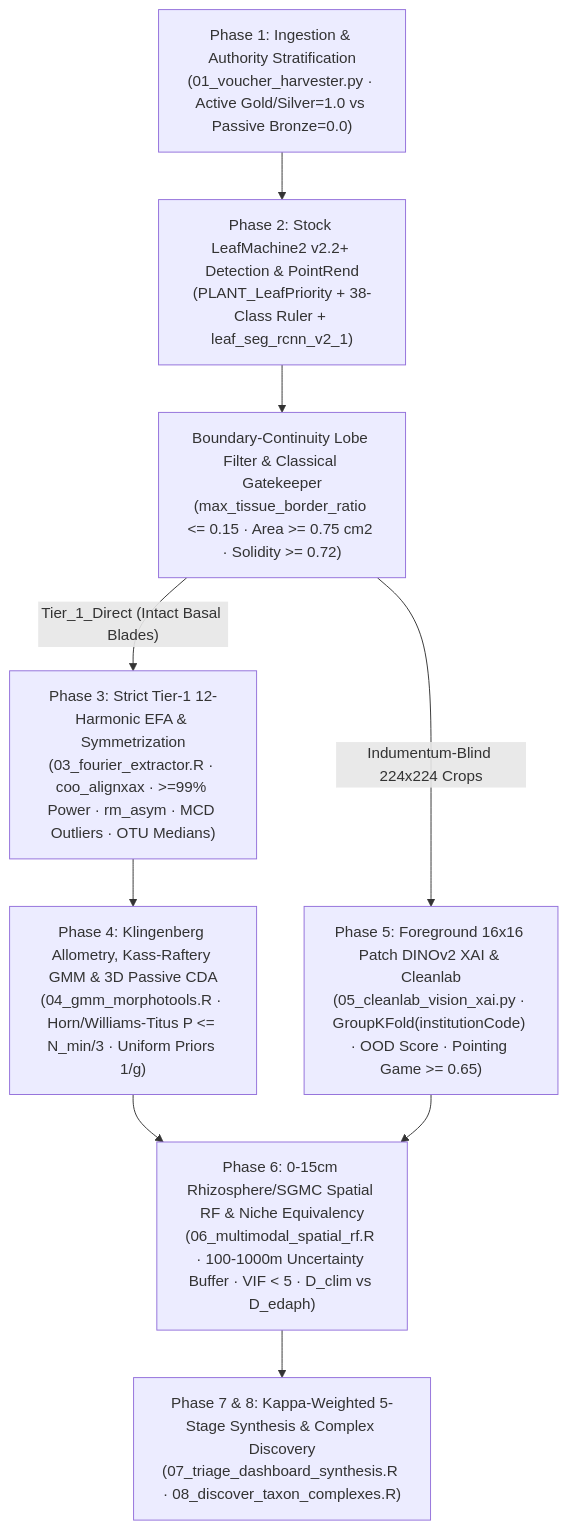
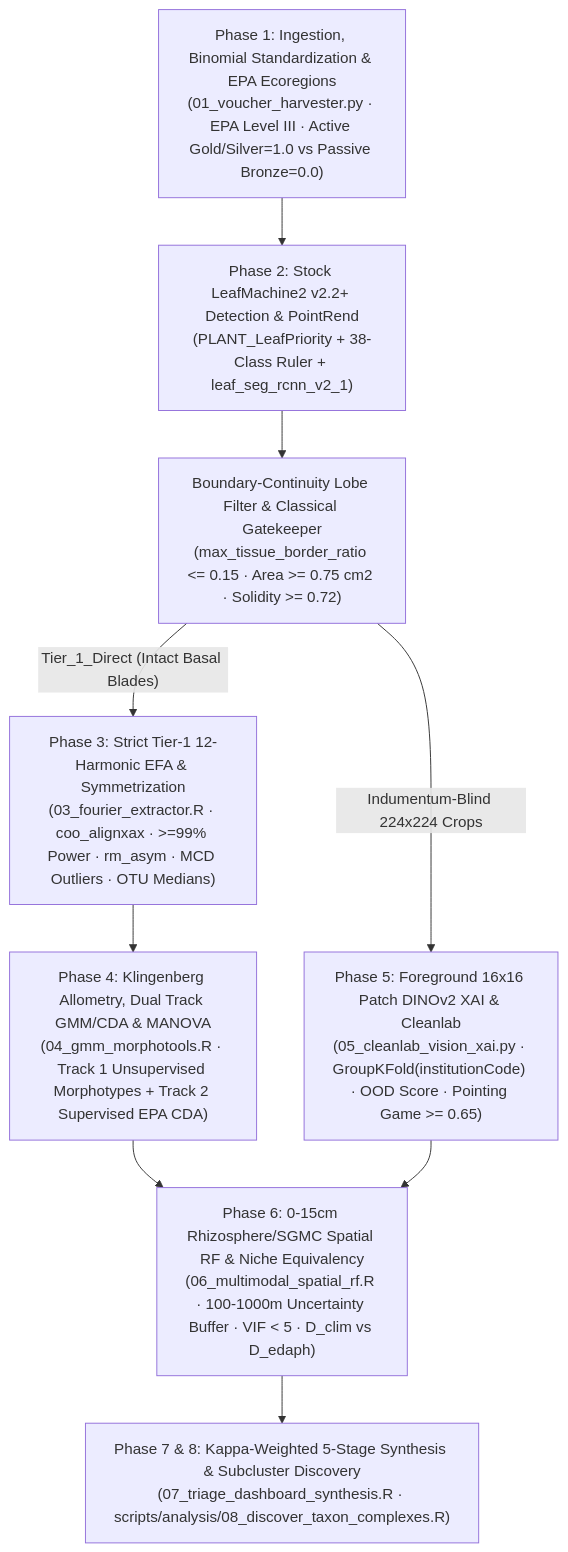
The diagram in README.md (Plantatsrophe/Packera_dubia_morphometrics), drawn with Mermaid before and after one commit. The commit also changed other lines of this file and 8 other files, not shown here.

Commit message:
test: add comprehensive test coverage for multivariate MANOVA and CDA biplot generation in GMM morphotools

````diff
--- a/README.md
+++ b/README.md
@@ -59,10 +69,10 @@
 ```mermaid
 flowchart TD
-    B1["Phase 1: Ingestion & Authority Stratification\n(01_voucher_harvester.py · Active Gold/Silver=1.0 vs Passive Bronze=0.0)"] --> B2["Phase 2: Stock LeafMachine2 v2.2+ Detection & PointRend\n(PLANT_LeafPriority + 38-Class Ruler + leaf_seg_rcnn_v2_1)"]
+    B1["Phase 1: Ingestion, Binomial Standardization & EPA Ecoregions\n(01_voucher_harvester.py · EPA Level III · Active Gold/Silver=1.0 vs Passive Bronze=0.0)"] --> B2["Phase 2: Stock LeafMachine2 v2.2+ Detection & PointRend\n(PLANT_LeafPriority + 38-Class Ruler + leaf_seg_rcnn_v2_1)"]
     B2 --> B3["Boundary-Continuity Lobe Filter & Classical Gatekeeper\n(max_tissue_border_ratio <= 0.15 · Area >= 0.75 cm2 · Solidity >= 0.72)"]
     B3 -->|"Tier_1_Direct (Intact Basal Blades)"| B4["Phase 3: Strict Tier-1 12-Harmonic EFA & Symmetrization\n(03_fourier_extractor.R · coo_alignxax · >=99% Power · rm_asym · MCD Outliers · OTU Medians)"]
-    B4 --> B5["Phase 4: Klingenberg Allometry, Kass-Raftery GMM & 3D Passive CDA\n(04_gmm_morphotools.R · Horn/Williams-Titus P <= N_min/3 · Uniform Priors 1/g)"]
+    B4 --> B5["Phase 4: Klingenberg Allometry, Dual Track GMM/CDA & MANOVA\n(04_gmm_morphotools.R · Track 1 Unsupervised Morphotypes + Track 2 Supervised EPA CDA)"]
     B3 -->|"Indumentum-Blind 224x224 Crops"| B6["Phase 5: Foreground 16x16 Patch DINOv2 XAI & Cleanlab\n(05_cleanlab_vision_xai.py · GroupKFold(institutionCode) · OOD Score · Pointing Game >= 0.65)"]
     B5 & B6 --> B7["Phase 6: 0-15cm Rhizosphere/SGMC Spatial RF & Niche Equivalency\n(06_multimodal_spatial_rf.R · 100-1000m Uncertainty Buffer · VIF < 5 · D_clim vs D_edaph)"]
-    B7 --> B8["Phase 7 & 8: Kappa-Weighted 5-Stage Synthesis & Complex Discovery\n(07_triage_dashboard_synthesis.R · 08_discover_taxon_complexes.R)"]
+    B7 --> B8["Phase 7 & 8: Kappa-Weighted 5-Stage Synthesis & Subcluster Discovery\n(07_triage_dashboard_synthesis.R · scripts/analysis/08_discover_taxon_complexes.R)"]
 ```
````
